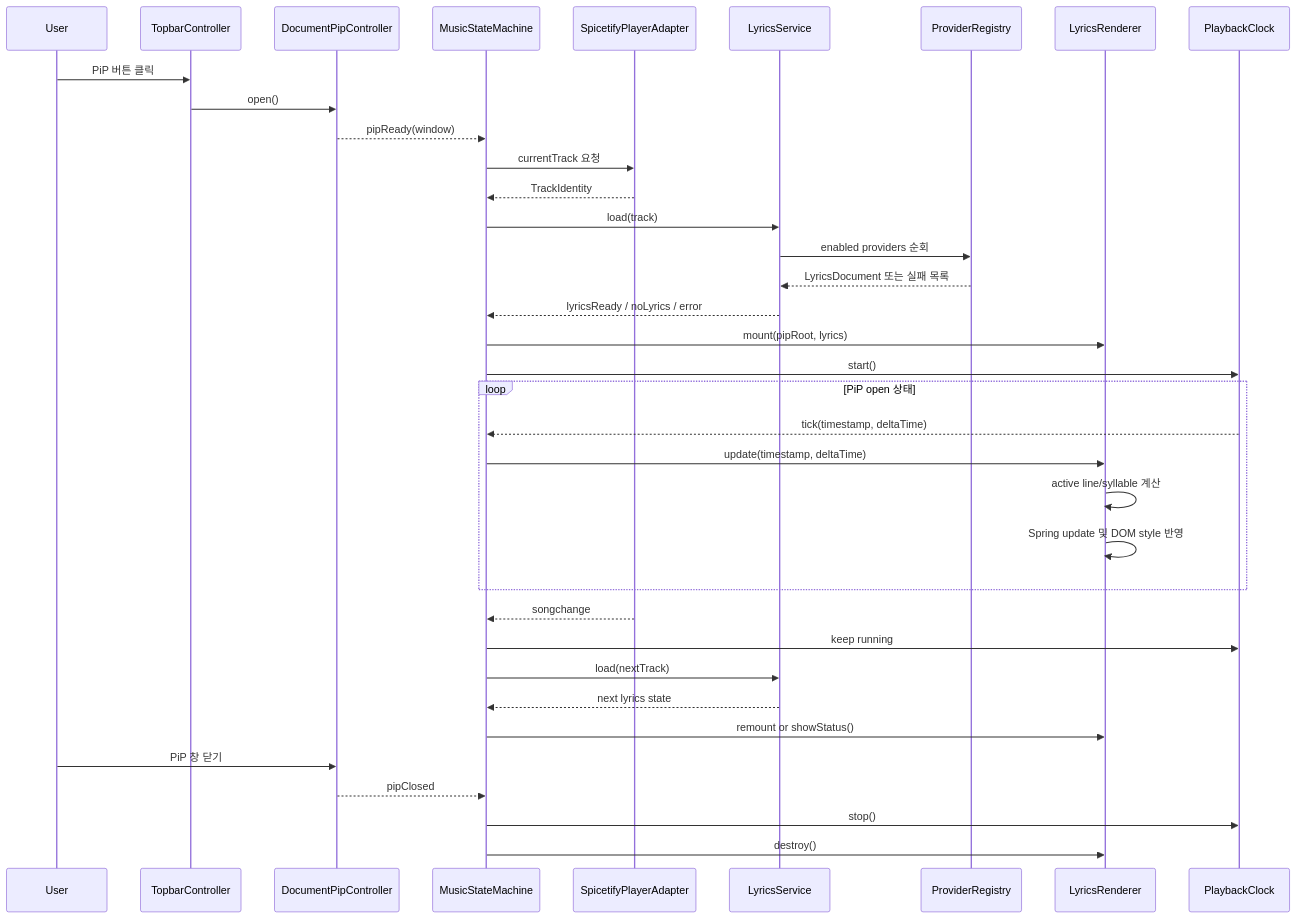
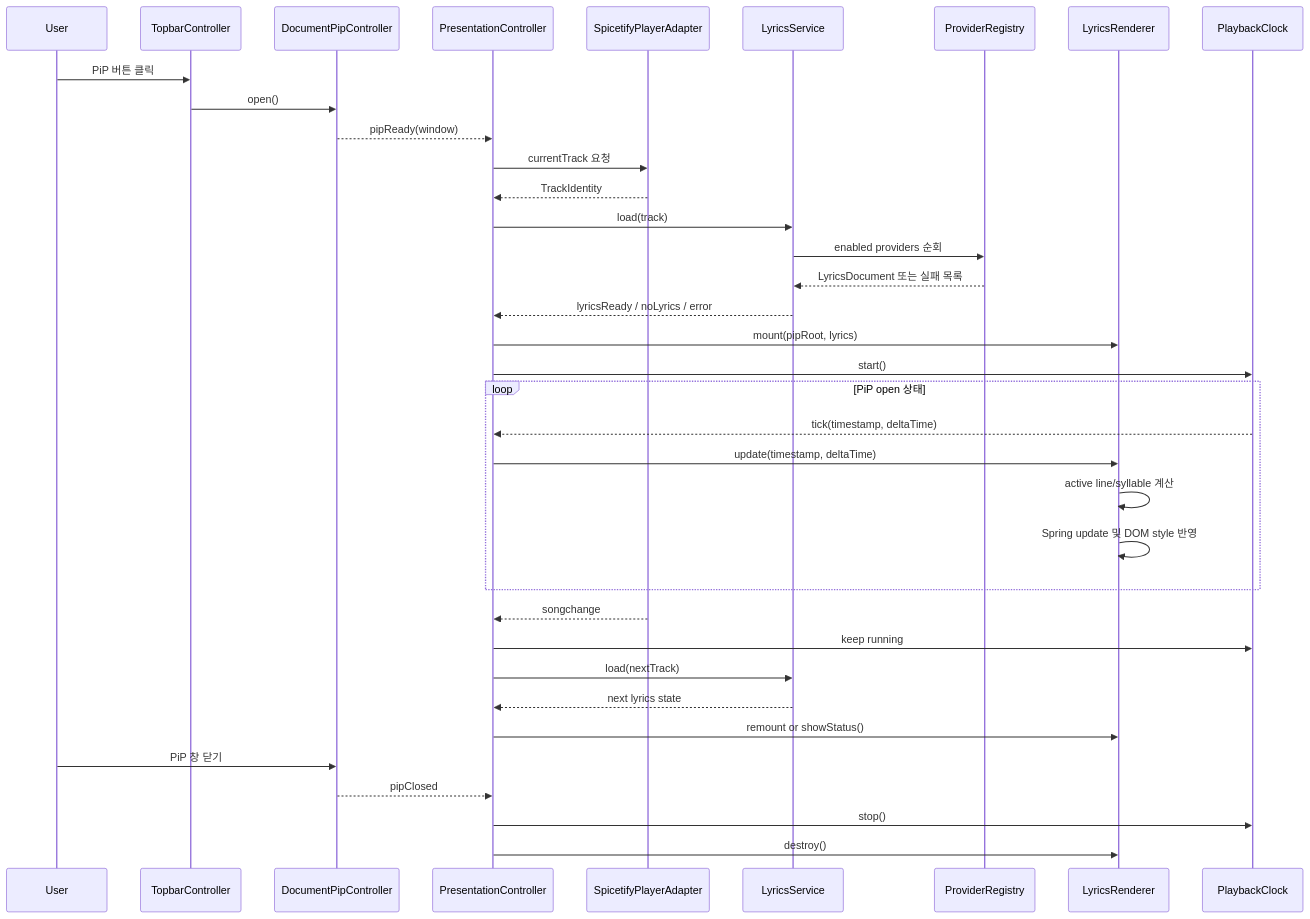
One commit to SayBGM/AuraLyrics changed the second of 2 diagrams in docs/aura-lyrics-extension-design.md. Above: the diagram before and after it, drawn with Mermaid. The commit also changed other lines of this file, not shown here.

Commit message:
docs: describe the extracted app controllers instead of the removed state machine

````diff
--- a/docs/aura-lyrics-extension-design.md
+++ b/docs/aura-lyrics-extension-design.md
@@ -410,42 +415,42 @@
 ```mermaid
 sequenceDiagram
   participant U as User
   participant T as TopbarController
   participant P as DocumentPipController
-  participant S as MusicStateMachine
+  participant S as PresentationController
   participant A as SpicetifyPlayerAdapter
   participant L as LyricsService
   participant R as ProviderRegistry
   participant V as LyricsRenderer
   participant C as PlaybackClock
 
   U->>T: PiP 버튼 클릭
   T->>P: open()
   P-->>S: pipReady(window)
   S->>A: currentTrack 요청
   A-->>S: TrackIdentity
   S->>L: load(track)
   L->>R: enabled providers 순회
   R-->>L: LyricsDocument 또는 실패 목록
   L-->>S: lyricsReady / noLyrics / error
   S->>V: mount(pipRoot, lyrics)
   S->>C: start()
 
   loop PiP open 상태
     C-->>S: tick(timestamp, deltaTime)
     S->>V: update(timestamp, deltaTime)
     V->>V: active line/syllable 계산
     V->>V: Spring update 및 DOM style 반영
   end
 
   A-->>S: songchange
   S->>C: keep running
   S->>L: load(nextTrack)
   L-->>S: next lyrics state
   S->>V: remount or showStatus()
 
   U->>P: PiP 창 닫기
   P-->>S: pipClosed
   S->>C: stop()
   S->>V: destroy()
 ```
````
